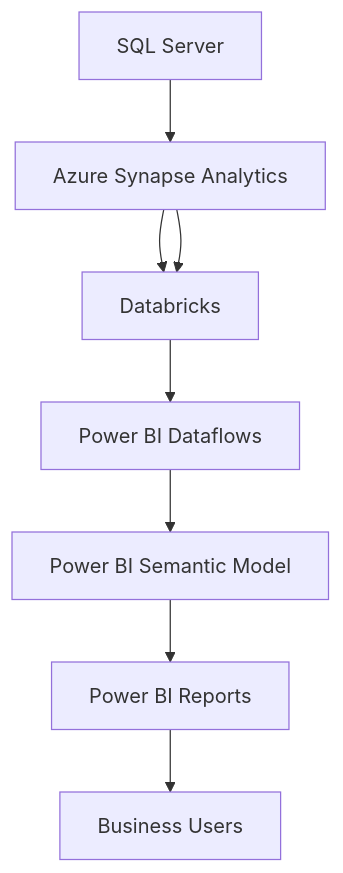
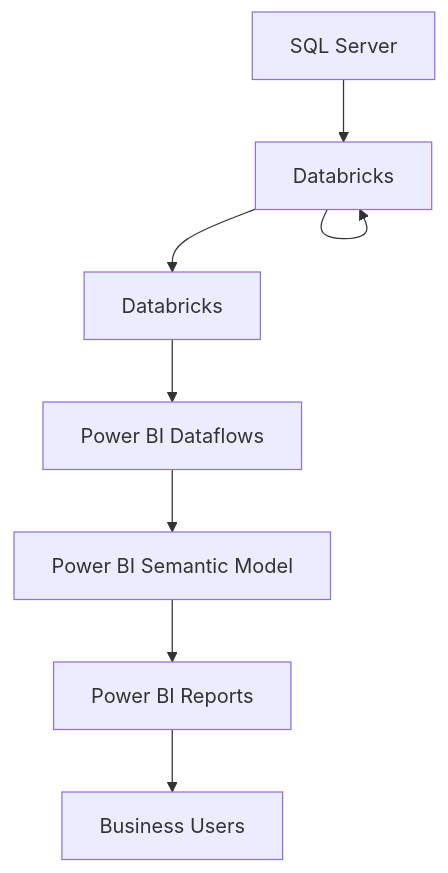
One commit to thienclaa/congenial-octo-projects changed the diagram in Enterprise/Sales Analytics Platform/README.md. Above: the diagram before and after it, drawn with Mermaid.

````diff
--- a/Enterprise/Sales Analytics Platform/README.md
+++ b/Enterprise/Sales Analytics Platform/README.md
@@ -41,9 +41,9 @@
 ```mermaid
 flowchart TD
-    A[SQL Server] --> B[Azure Synapse Analytics] --> C[Databricks]
+    A[SQL Server] --> B[Azure Synapse Analytics] --> B[Databricks]
     B --> C[Databricks]
     C --> D[Power BI Dataflows]
     D --> E[Power BI Semantic Model]
     E --> F[Power BI Reports]
     F --> G[Business Users]
 ```
````
